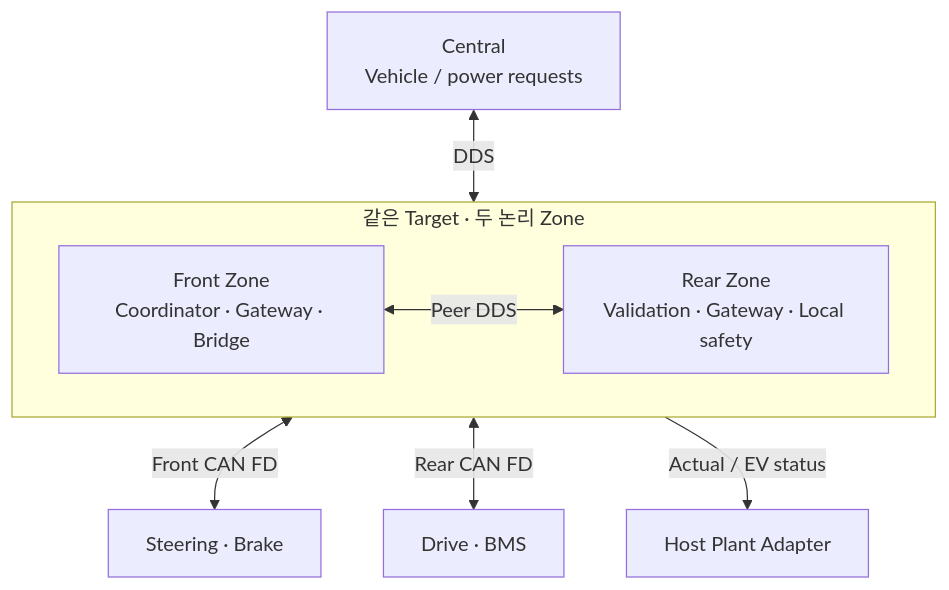
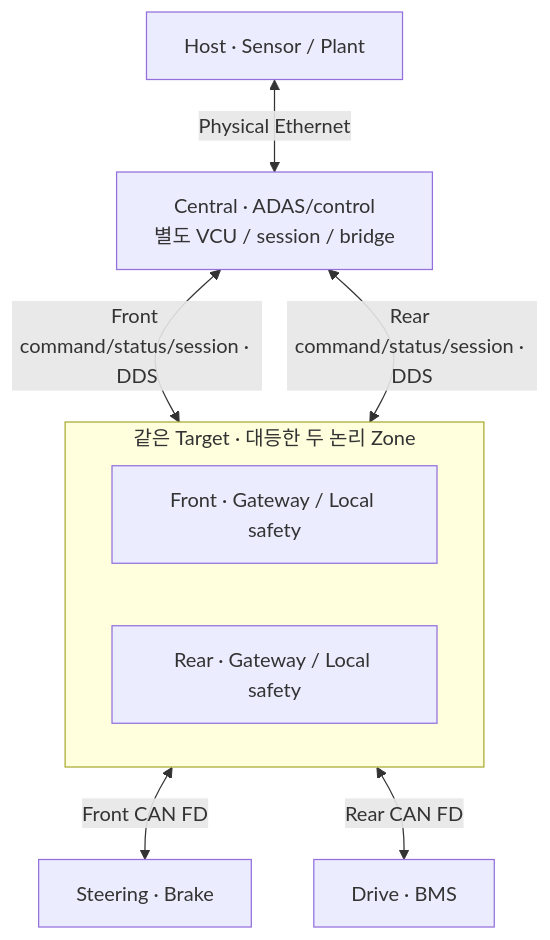
Before and after one commit to shinjuyeop/StrataDrive: the diagram in docs/architecture/zonal_partition.md, drawn with Mermaid. The commit also changed other lines of this file and 56 other files, not shown here.

````diff
--- a/docs/architecture/zonal_partition.md
+++ b/docs/architecture/zonal_partition.md
@@ -18,14 +19,15 @@
 ```mermaid
 flowchart TB
-  C["Central<br/>Vehicle / power requests"]
-  subgraph ZONES["같은 Target · 두 논리 Zone"]
+  H["Host · Sensor / Plant"]
+  C["Central · ADAS/control<br/>별도 VCU / session / bridge"]
+  subgraph ZONES["같은 Target · 대등한 두 논리 Zone"]
     direction LR
-    F["Front Zone<br/>Coordinator · Gateway · Bridge"]
-    R["Rear Zone<br/>Validation · Gateway · Local safety"]
-    F <-->|Peer DDS| R
+    F["Front · Gateway / Local safety"]
+    R["Rear · Gateway / Local safety"]
   end
-  C <-->|DDS| F
+  H <-->|Physical Ethernet| C
+  C <-->|Front command/status/session · DDS| F
+  C <-->|Rear command/status/session · DDS| R
   F <-->|Front CAN FD| FL["Steering · Brake"]
   R <-->|Rear CAN FD| RL["Drive · BMS"]
-  F -->|Actual / EV status| H["Host Plant Adapter"]
 ```
````
